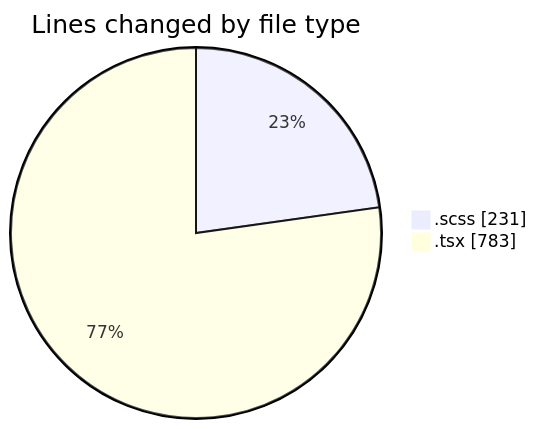
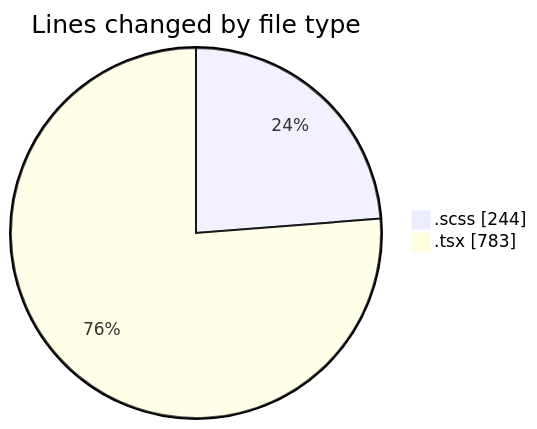
The first of 2 diagrams in 2025-03-28/cda/README.md (momahboobian/code-tracking), drawn with Mermaid before and after one commit. The commit also changed other lines of this file and 1 other file, not shown here.

````diff
--- a/2025-03-28/cda/README.md
+++ b/2025-03-28/cda/README.md
@@ -23,6 +23,6 @@
 ```mermaid
 pie showData
 title Lines changed by file type
-".scss" : 231
+".scss" : 244
 ".tsx" : 783
 ```
````
